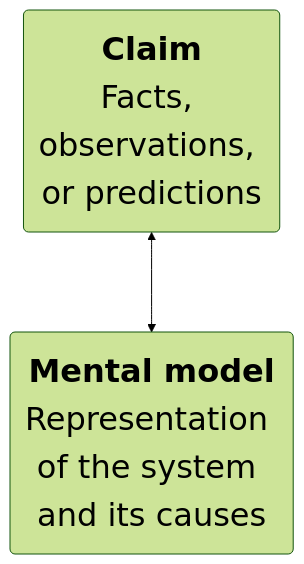
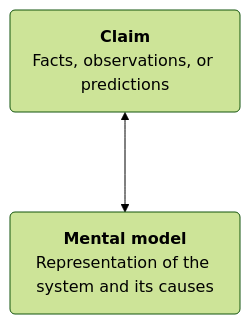
One commit to matt-lab/2023-05-26_rejection-of-science changed the first of 5 diagrams in workshop.qmd. Above: the diagram before and after it, drawn with Mermaid (forest theme). The commit also changed other lines of this file and 1 other file, not shown here.

Commit message:
Fixed vertical distance in flowcharts

````diff
--- a/workshop.qmd
+++ b/workshop.qmd
@@ -217,8 +218,8 @@
 ```{mermaid}
 %%| mermaid-format: svg
-%%| fig-width: 800px
+%%| fig-height: 600px
 flowchart TD
-  A(<font size=6><b>Claim</b>\nFacts, observations, or predictions)
-  B(<font size=6><b>Mental model</b>\nRepresentation of the system and its causes)
+  A(<p><b>Claim</b>\nFacts, observations, or predictions</p>)
+  B(<p><b>Mental model</b>\nRepresentation of the system and its causes</p>)
   A <---> B
 ```
````
